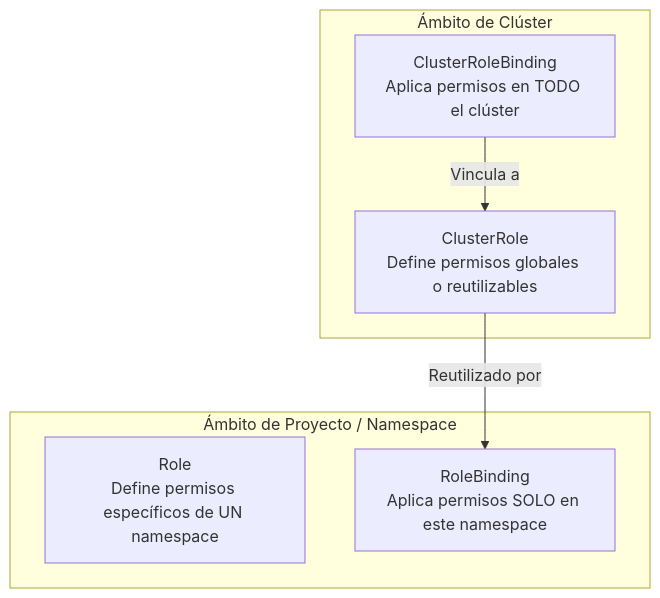
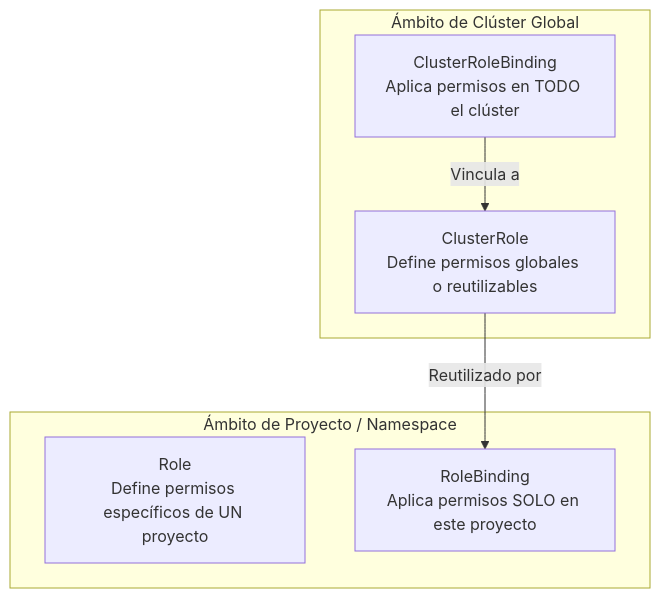
The third of 7 diagrams in docs/sesion4/4.1 Proyectos y permisos.md (ieftraining/curso-openshift), drawn with Mermaid before and after one commit. The commit also changed other lines of this file, not shown here.

````diff
--- a/docs/sesion4/4.1 Proyectos y permisos.md
+++ b/docs/sesion4/4.1 Proyectos y permisos.md
@@ -96,15 +91,15 @@
 ```mermaid
 flowchart TD
-    subgraph Ámbito de Clúster
+    subgraph Ámbito de Clúster Global
         CR[ClusterRole<br>Define permisos globales o reutilizables]
         CRB[ClusterRoleBinding<br>Aplica permisos en TODO el clúster]
     end
 
     subgraph Ámbito de Proyecto / Namespace
-        R[Role<br>Define permisos específicos de UN namespace]
-        RB[RoleBinding<br>Aplica permisos SOLO en este namespace]
+        R[Role<br>Define permisos específicos de UN proyecto]
+        RB[RoleBinding<br>Aplica permisos SOLO en este proyecto]
     end
 
     CR -->|Reutilizado por| RB
     CRB -->|Vincula a| CR
 ```
````
